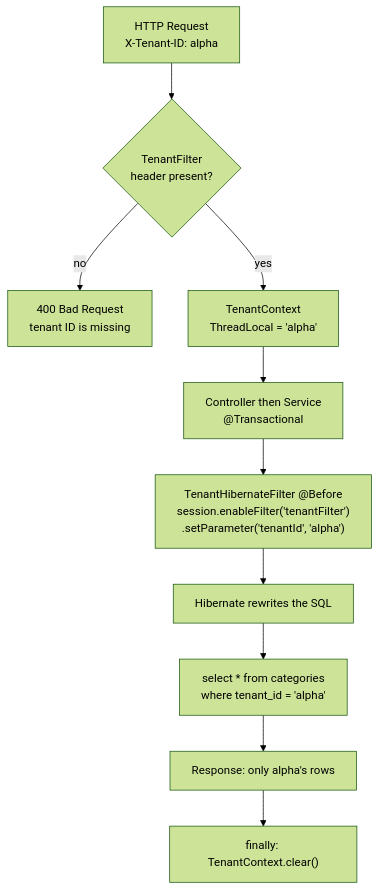
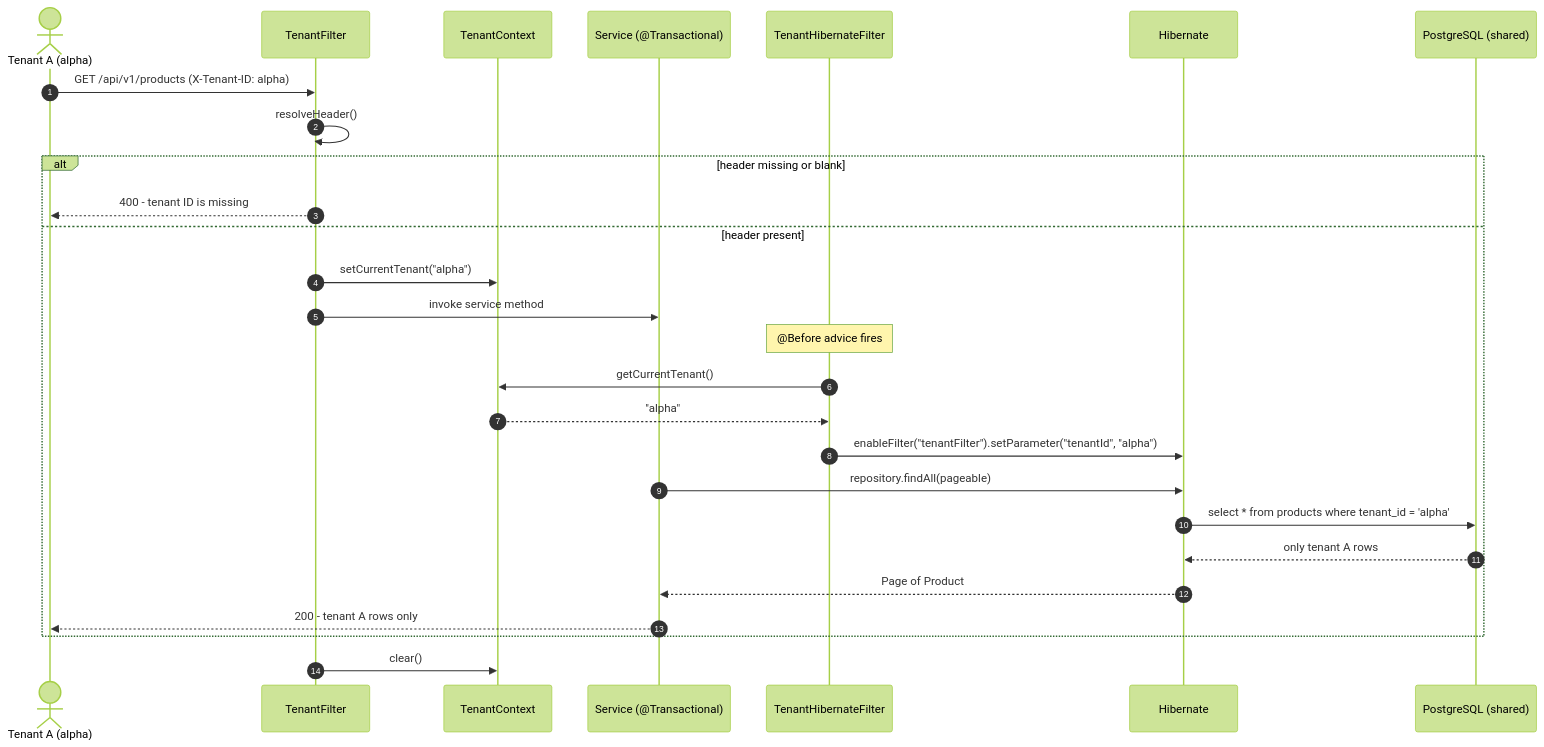
One commit to shri2606/stock-mgmt-multi-tenant changed the diagram in README.md. Above: the diagram before and after it, drawn with Mermaid (forest theme). The commit also changed other lines of this file, not shown here.

Commit message:
docs: use a sequence diagram for the request flow

````diff
--- a/README.md
+++ b/README.md
@@ -9,23 +12,32 @@
 ```mermaid
-flowchart TD
-    A["HTTP Request<br/>X-Tenant-ID: alpha"]
-    B{"TenantFilter<br/>header present?"}
-    E["400 Bad Request<br/>tenant ID is missing"]
-    C["TenantContext<br/>ThreadLocal = 'alpha'"]
-    D["Controller then Service<br/>@Transactional"]
-    F["TenantHibernateFilter @Before<br/>session.enableFilter('tenantFilter')<br/>.setParameter('tenantId', 'alpha')"]
-    G["Hibernate rewrites the SQL"]
-    H["select * from categories<br/>where tenant_id = 'alpha'"]
-    I["Response: only alpha's rows"]
-    J["finally: TenantContext.clear()"]
+sequenceDiagram
+    autonumber
+    actor A as Tenant A (alpha)
+    participant F as TenantFilter
+    participant C as TenantContext
+    participant S as Service (@Transactional)
+    participant X as TenantHibernateFilter
+    participant H as Hibernate
+    participant DB as PostgreSQL (shared)
 
-    A --> B
-    B -- no --> E
-    B -- yes --> C
-    C --> D
-    D --> F
-    F --> G
-    G --> H
-    H --> I
-    I --> J
+    A->>F: GET /api/v1/products (X-Tenant-ID: alpha)
+    F->>F: resolveHeader()
+
+    alt header missing or blank
+        F-->>A: 400 - tenant ID is missing
+    else header present
+        F->>C: setCurrentTenant("alpha")
+        F->>S: invoke service method
+        Note over X: @Before advice fires
+        X->>C: getCurrentTenant()
+        C-->>X: "alpha"
+        X->>H: enableFilter("tenantFilter").setParameter("tenantId", "alpha")
+        S->>H: repository.findAll(pageable)
+        H->>DB: select * from products where tenant_id = 'alpha'
+        DB-->>H: only tenant A rows
+        H-->>S: Page of Product
+        S-->>A: 200 - tenant A rows only
+    end
+
+    F->>C: clear()
 ```
````
